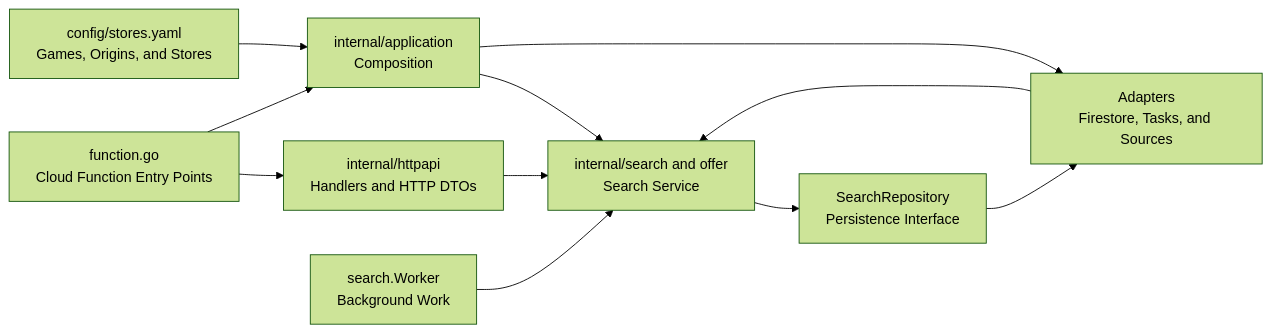
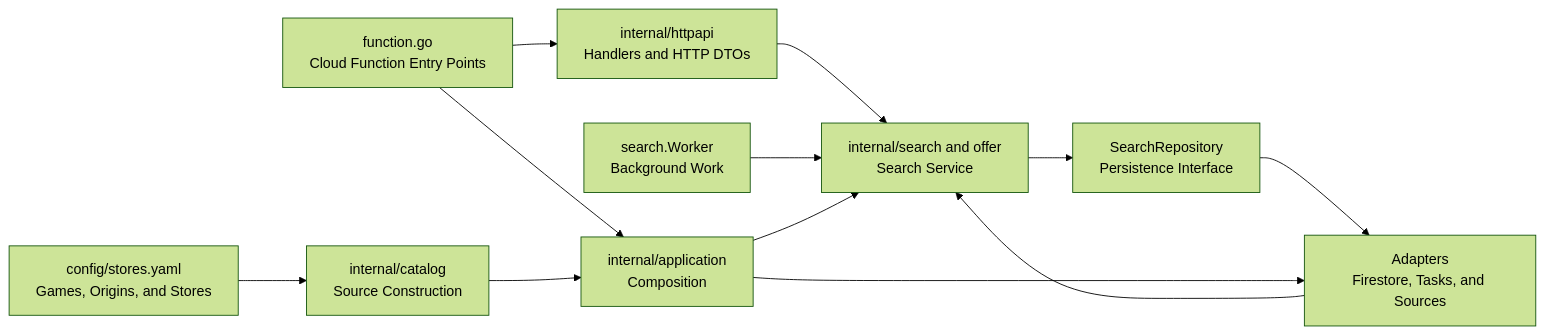
Before and after one commit to metaliaw/muchi: the second of 2 diagrams in backend/docs/architecture.md, drawn with Mermaid (forest theme). The commit also changed other lines of this file and 3 other files, not shown here.

````diff
--- a/backend/docs/architecture.md
+++ b/backend/docs/architecture.md
@@ -135,22 +135,24 @@
 ```mermaid
 flowchart LR
     function[function.go<br/>Cloud Function Entry Points]
     transport[internal/httpapi<br/>Handlers and HTTP DTOs]
     application[internal/application<br/>Composition]
+    catalog[internal/catalog<br/>Source Construction]
     domain[internal/search and offer<br/>Search Service]
     repository[SearchRepository<br/>Persistence Interface]
     worker[search.Worker<br/>Background Work]
     config[config/stores.yaml<br/>Games, Origins, and Stores]
     adapters[Adapters<br/>Firestore, Tasks, and Sources]
 
     function --> transport
     function --> application
     transport --> domain
     worker --> domain
     domain --> repository
     repository --> adapters
-    config --> application
+    config --> catalog
+    catalog --> application
     application --> domain
     application --> adapters
     adapters --> domain
 ```
````
